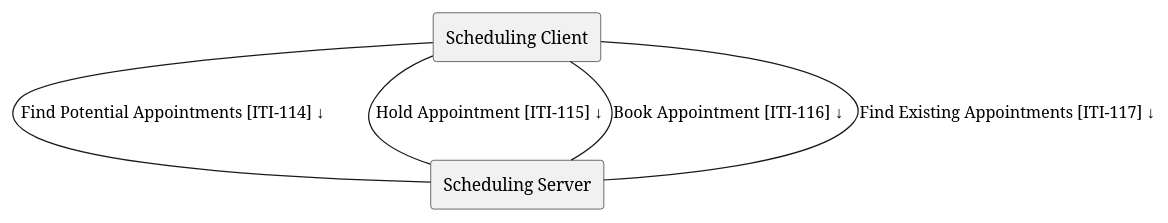
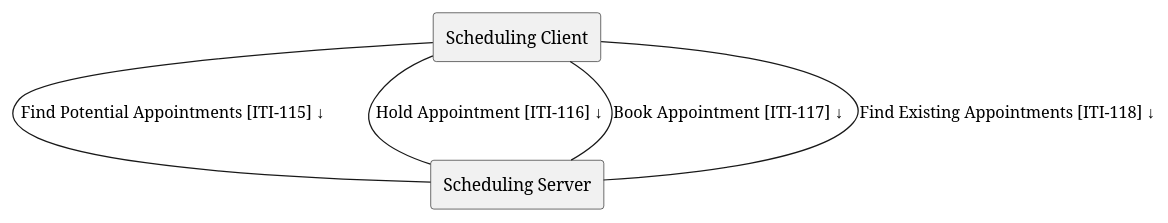
One commit to IHE/ITI.Scheduling changed the diagram in input/images-source/ActorsAndTransactions.plantuml. Above: the diagram before and after it, drawn with PlantUML. The commit also changed 12 other files, not shown here.

```diff
--- a/input/images-source/ActorsAndTransactions.plantuml
+++ b/input/images-source/ActorsAndTransactions.plantuml
@@ -1,8 +1,8 @@
 @startuml ActorsAndTransactions
 agent "Scheduling Client" as Client
 agent "Scheduling Server" as Server
-Client -- Server : "Find Potential Appointments [ITI-114] ↓"
-Client -- Server : "Hold Appointment [ITI-115] ↓"
-Client -- Server : "Book Appointment [ITI-116] ↓"
-Client -- Server : "Find Existing Appointments [ITI-117] ↓"
+Client -- Server : "Find Potential Appointments [ITI-115] ↓"
+Client -- Server : "Hold Appointment [ITI-116] ↓"
+Client -- Server : "Book Appointment [ITI-117] ↓"
+Client -- Server : "Find Existing Appointments [ITI-118] ↓"
 @enduml
```
